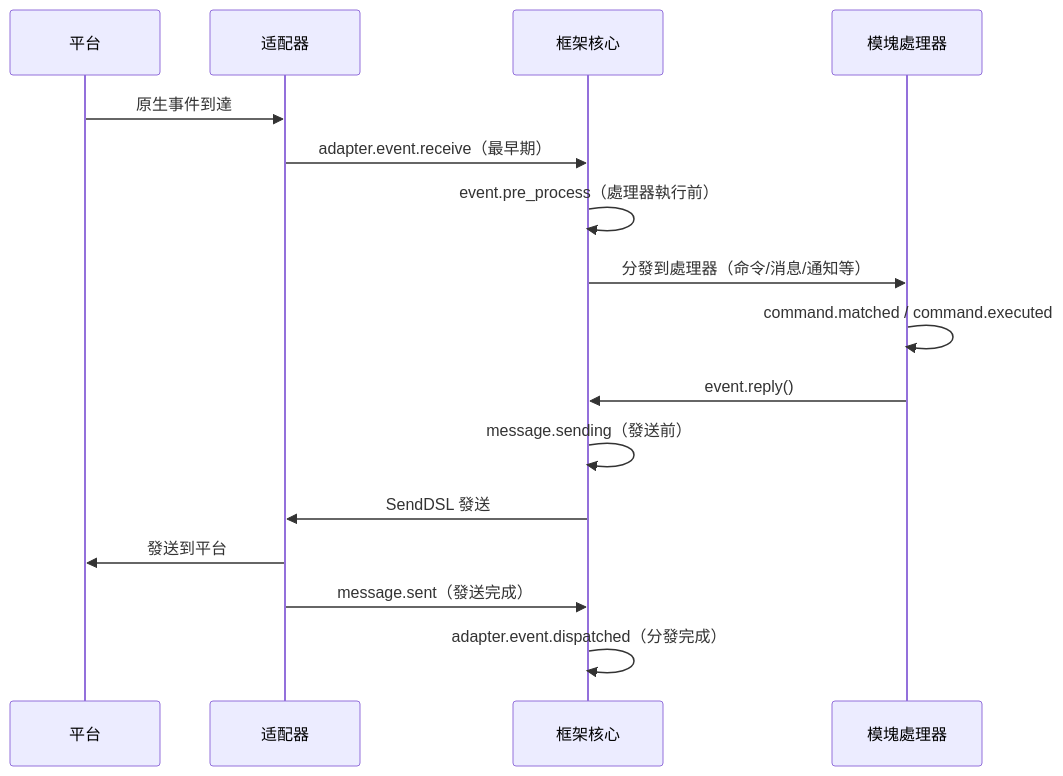
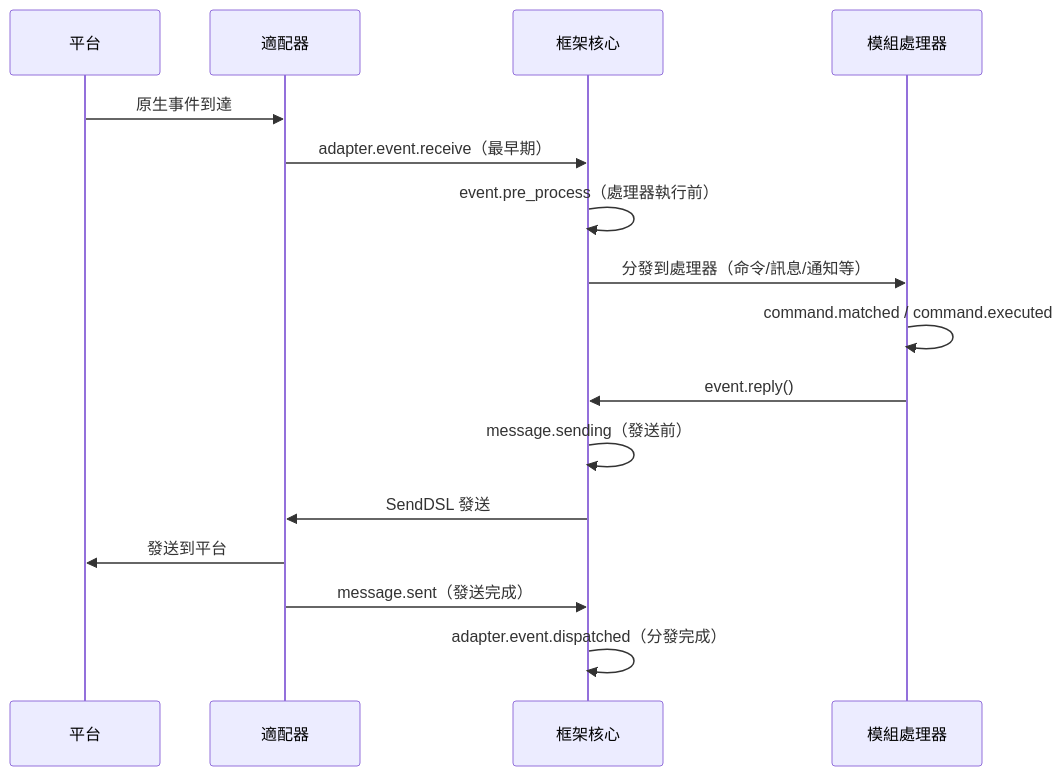
Before and after one commit to ErisPulse/ErisPulse: the diagram in docs/zh-TW/advanced/lifecycle.md, drawn with Mermaid. The commit also changed other lines of this file and 71 other files, not shown here.

````diff
--- a/docs/zh-TW/advanced/lifecycle.md
+++ b/docs/zh-TW/advanced/lifecycle.md
@@ -120,19 +120,19 @@
 ```mermaid
 sequenceDiagram
     participant P as 平台
-    participant A as 适配器
+    participant A as 適配器
     participant F as 框架核心
-    participant M as 模塊處理器
+    participant M as 模組處理器
 
     P->>A: 原生事件到達
     A->>F: adapter.event.receive（最早期）
     F->>F: event.pre_process（處理器執行前）
-    F->>M: 分發到處理器（命令/消息/通知等）
+    F->>M: 分發到處理器（命令/訊息/通知等）
     M->>M: command.matched / command.executed
     M->>F: event.reply()
     F->>F: message.sending（發送前）
     F->>A: SendDSL 發送
     A->>P: 發送到平台
     A->>F: message.sent（發送完成）
     F->>F: adapter.event.dispatched（分發完成）
 ```
````
